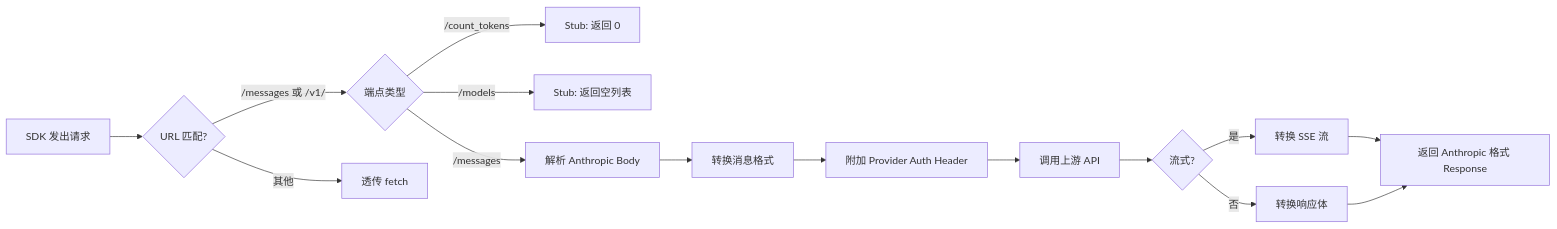
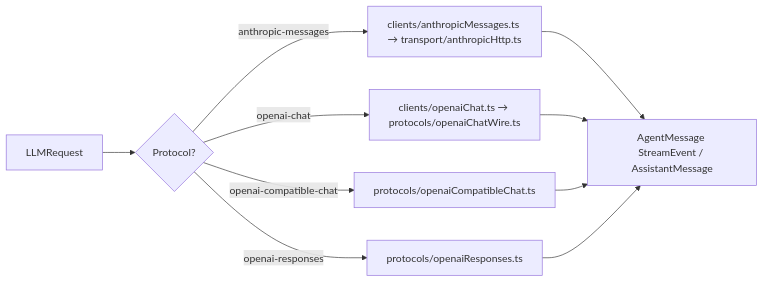
The second of 5 diagrams in docs/architecture/provider-auth.md (bhaochen/codev), drawn with Mermaid before and after one commit. The commit also changed other lines of this file and 4 other files, not shown here.

Commit message:
docs: update architecture docs for native LLM migration closeout

````diff
--- a/docs/architecture/provider-auth.md
+++ b/docs/architecture/provider-auth.md
@@ -167,17 +167,12 @@
 ```mermaid
 flowchart LR
-    A[SDK 发出请求] --> B{URL 匹配?}
-    B -->|/messages 或 /v1/| C{端点类型}
-    B -->|其他| D[透传 fetch]
-    C -->|/count_tokens| E[Stub: 返回 0]
-    C -->|/models| F[Stub: 返回空列表]
-    C -->|/messages| G[解析 Anthropic Body]
-    G --> H[转换消息格式]
-    H --> I[附加 Provider Auth Header]
-    I --> J[调用上游 API]
-    J --> K{流式?}
-    K -->|是| L[转换 SSE 流]
-    K -->|否| M[转换响应体]
-    L --> N[返回 Anthropic 格式 Response]
-    M --> N
+    A[LLMRequest] --> B{Protocol?}
+    B -->|anthropic-messages| C[clients/anthropicMessages.ts → transport/anthropicHttp.ts]
+    B -->|openai-chat| D[clients/openaiChat.ts → protocols/openaiChatWire.ts]
+    B -->|openai-compatible-chat| E[protocols/openaiCompatibleChat.ts]
+    B -->|openai-responses| F[protocols/openaiResponses.ts]
+    C --> G[AgentMessage StreamEvent / AssistantMessage]
+    D --> G
+    E --> G
+    F --> G
 ```
````
